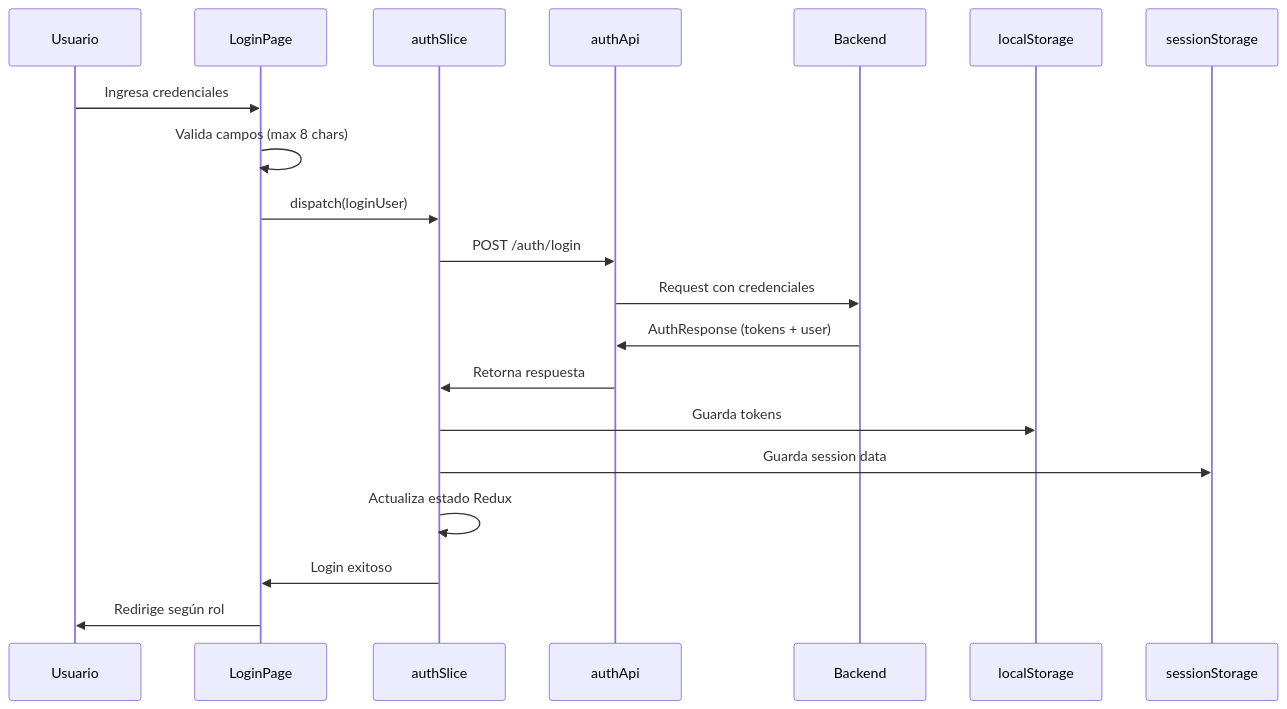
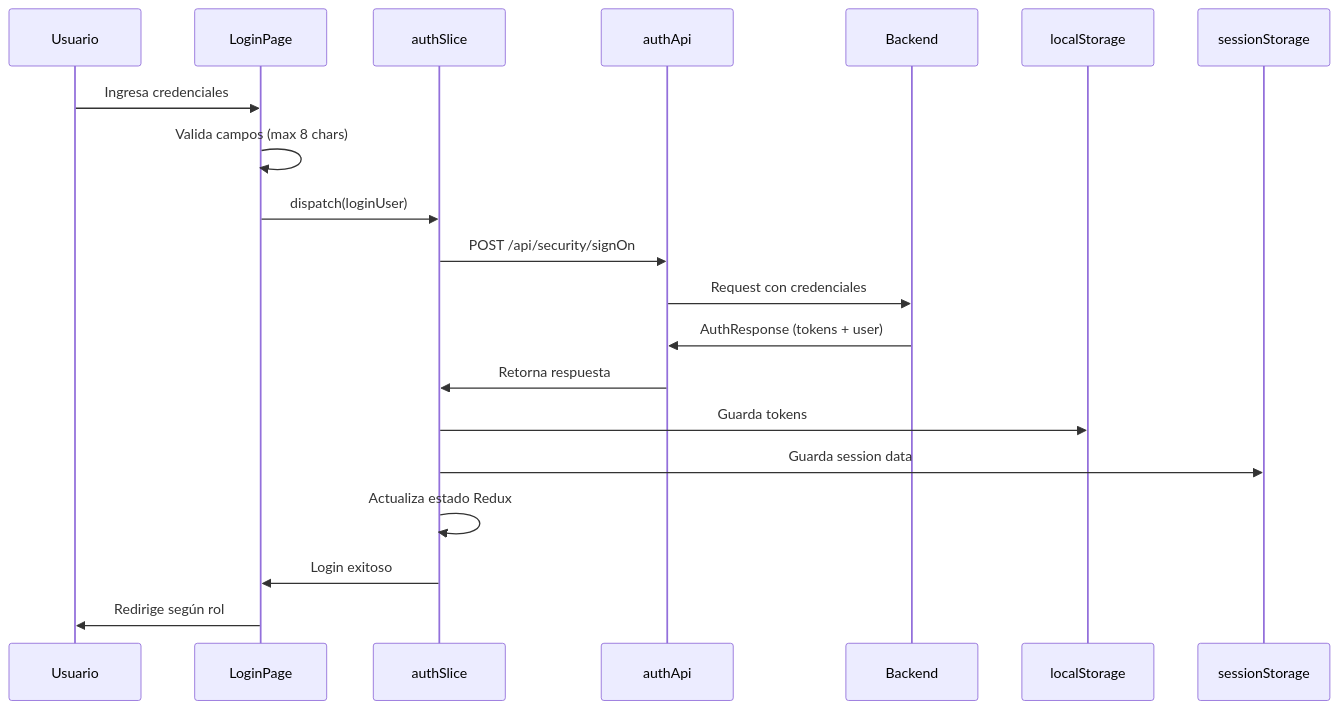
The diagram in docs/modules/auth/auth-overview.md (Stefanini-Squad-AI/demo-sai-3-aws-alejandro), drawn with Mermaid before and after one commit. The commit also changed other lines of this file and 6 other files, not shown here.

````diff
--- a/docs/modules/auth/auth-overview.md
+++ b/docs/modules/auth/auth-overview.md
@@ -520,23 +523,23 @@
 ```mermaid
 sequenceDiagram
     participant U as Usuario
     participant LP as LoginPage
     participant AS as authSlice
     participant API as authApi
     participant BE as Backend
     participant LS as localStorage
     participant SS as sessionStorage
     
     U->>LP: Ingresa credenciales
     LP->>LP: Valida campos (max 8 chars)
     LP->>AS: dispatch(loginUser)
-    AS->>API: POST /auth/login
+    AS->>API: POST /api/security/signOn
     API->>BE: Request con credenciales
     BE->>API: AuthResponse (tokens + user)
     API->>AS: Retorna respuesta
     AS->>LS: Guarda tokens
     AS->>SS: Guarda session data
     AS->>AS: Actualiza estado Redux
     AS->>LP: Login exitoso
     LP->>U: Redirige según rol
 ```
````
